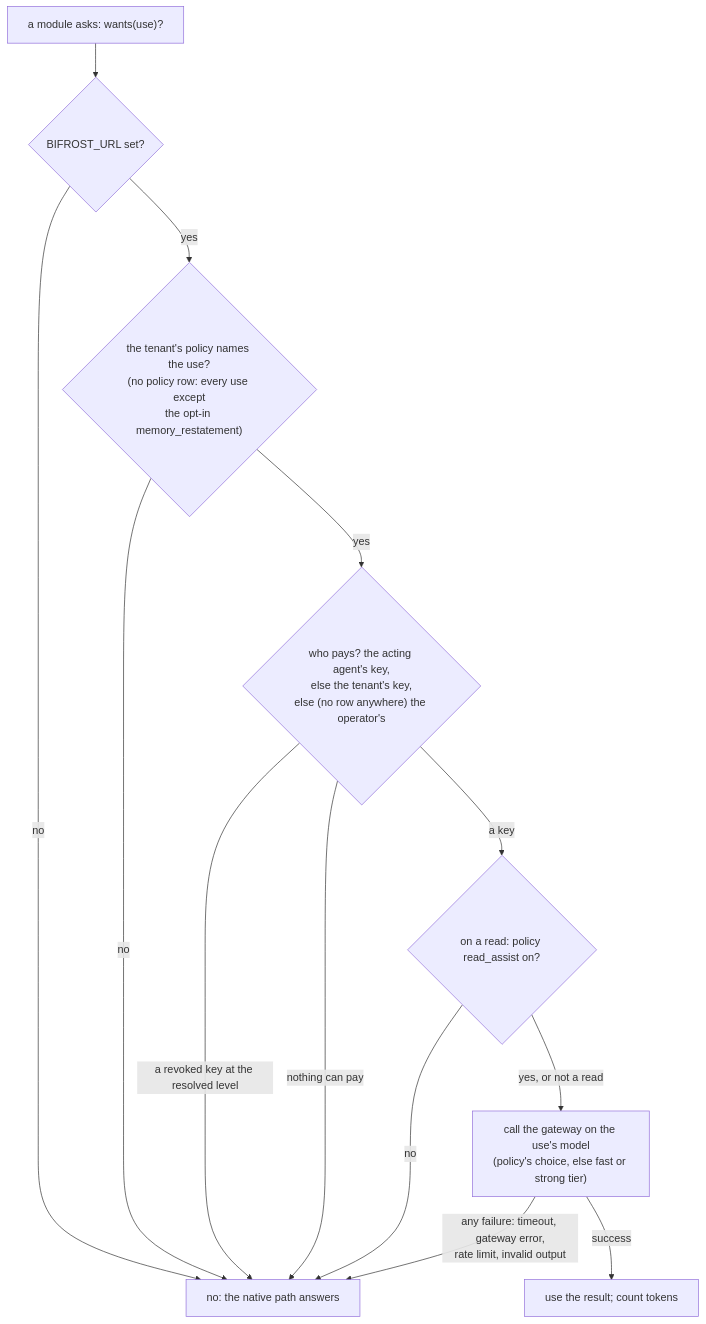
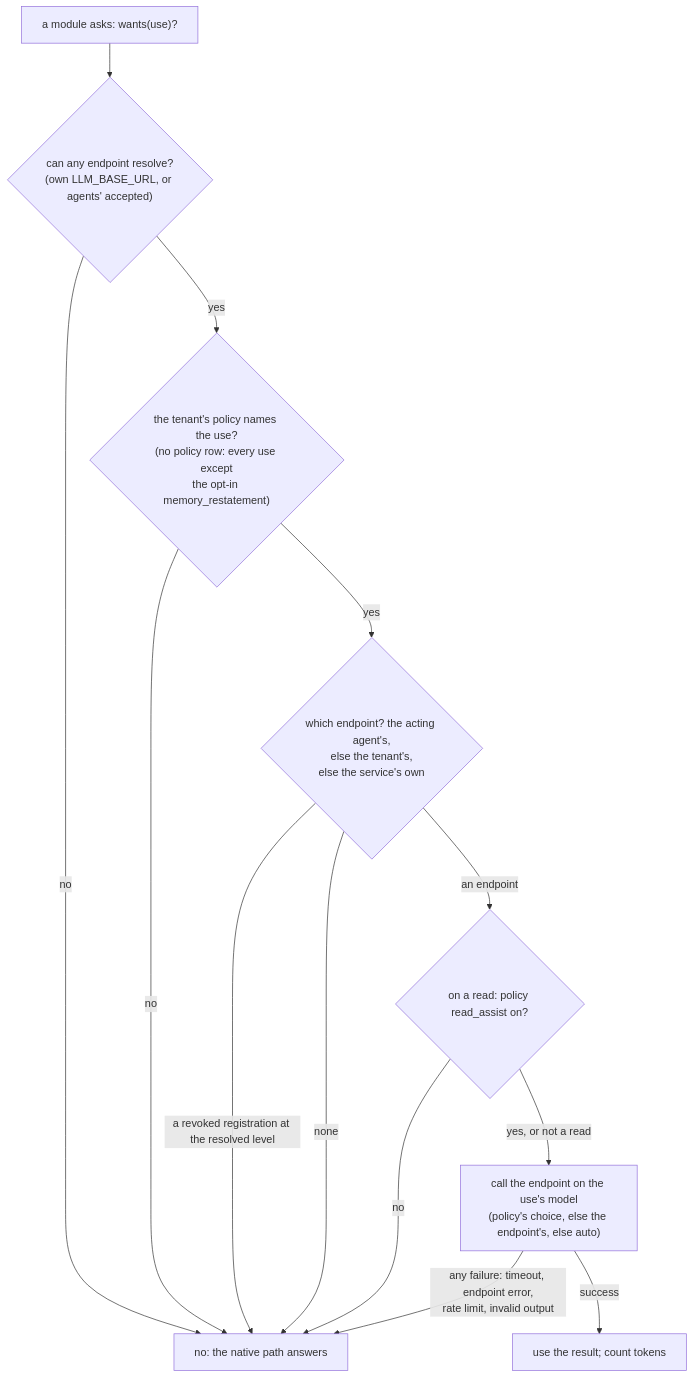
Before and after one commit to amitmohapatra/agent-memory-service: the second of 2 diagrams in docs/guide/08-models.md, drawn with Mermaid. The commit also changed other lines of this file and 105 other files, not shown here.

````diff
--- a/docs/guide/08-models.md
+++ b/docs/guide/08-models.md
@@ -119,15 +168,15 @@
 ```mermaid
 flowchart TB
-  U["a module asks: wants(use)?"] --> G{"BIFROST_URL set?"}
+  U["a module asks: wants(use)?"] --> G{"can any endpoint resolve?<br/>(own LLM_BASE_URL, or agents' accepted)"}
   G -->|no| N["no: the native path answers"]
   G -->|yes| P{"the tenant's policy names the use?<br/>(no policy row: every use except<br/>the opt-in memory_restatement)"}
   P -->|no| N
-  P -->|yes| K{"who pays? the acting agent's key,<br/>else the tenant's key,<br/>else (no row anywhere) the operator's"}
-  K -->|"a revoked key at the resolved level"| N
-  K -->|nothing can pay| N
-  K -->|a key| RD{"on a read: policy read_assist on?"}
+  P -->|yes| K{"which endpoint? the acting agent's,<br/>else the tenant's,<br/>else the service's own"}
+  K -->|"a revoked registration at the resolved level"| N
+  K -->|none| N
+  K -->|an endpoint| RD{"on a read: policy read_assist on?"}
   RD -->|no| N
-  RD -->|"yes, or not a read"| CALL["call the gateway on the use's model<br/>(policy's choice, else fast or strong tier)"]
-  CALL -->|"any failure: timeout, gateway error,<br/>rate limit, invalid output"| N
+  RD -->|"yes, or not a read"| CALL["call the endpoint on the use's model<br/>(policy's choice, else the endpoint's, else auto)"]
+  CALL -->|"any failure: timeout, endpoint error,<br/>rate limit, invalid output"| N
   CALL -->|success| USE["use the result#59; count tokens"]
 ```
````
